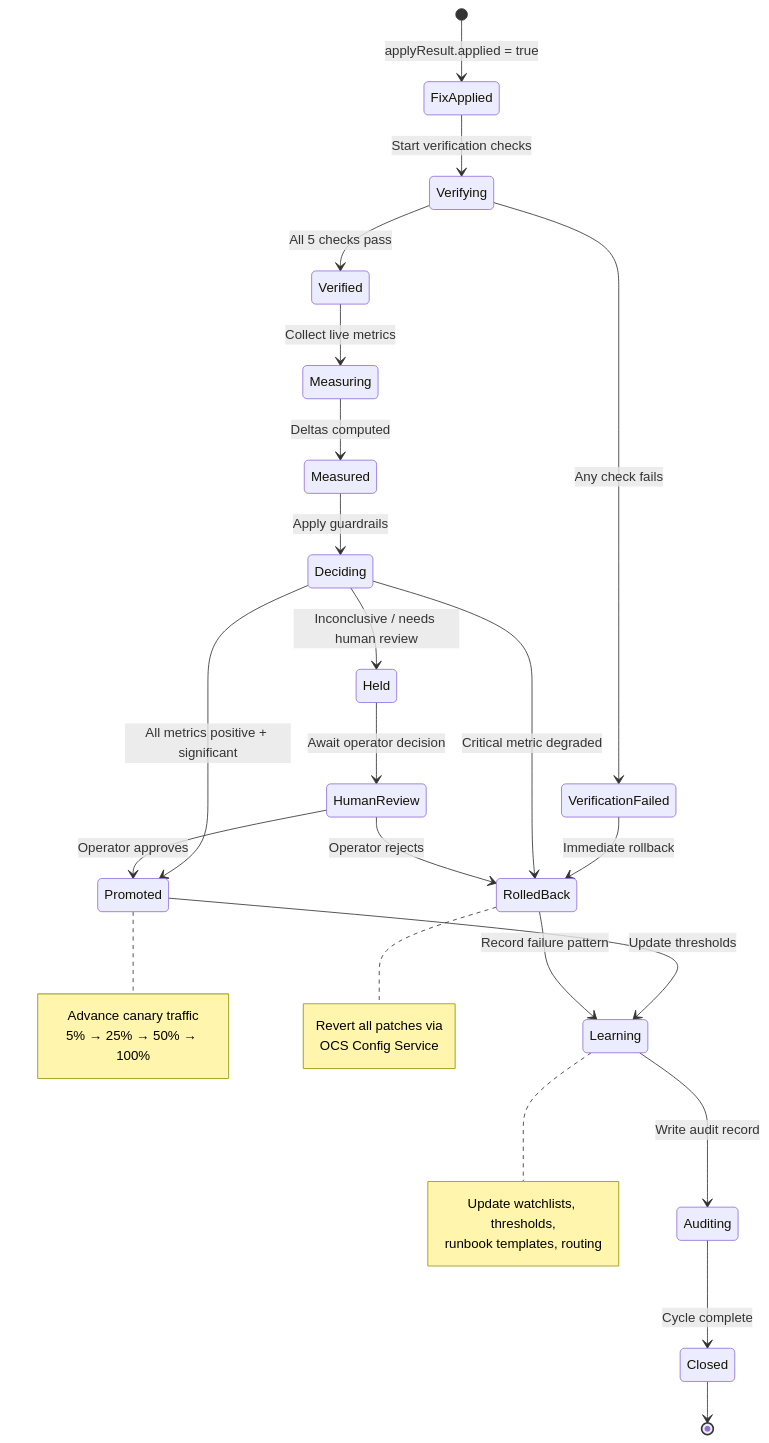
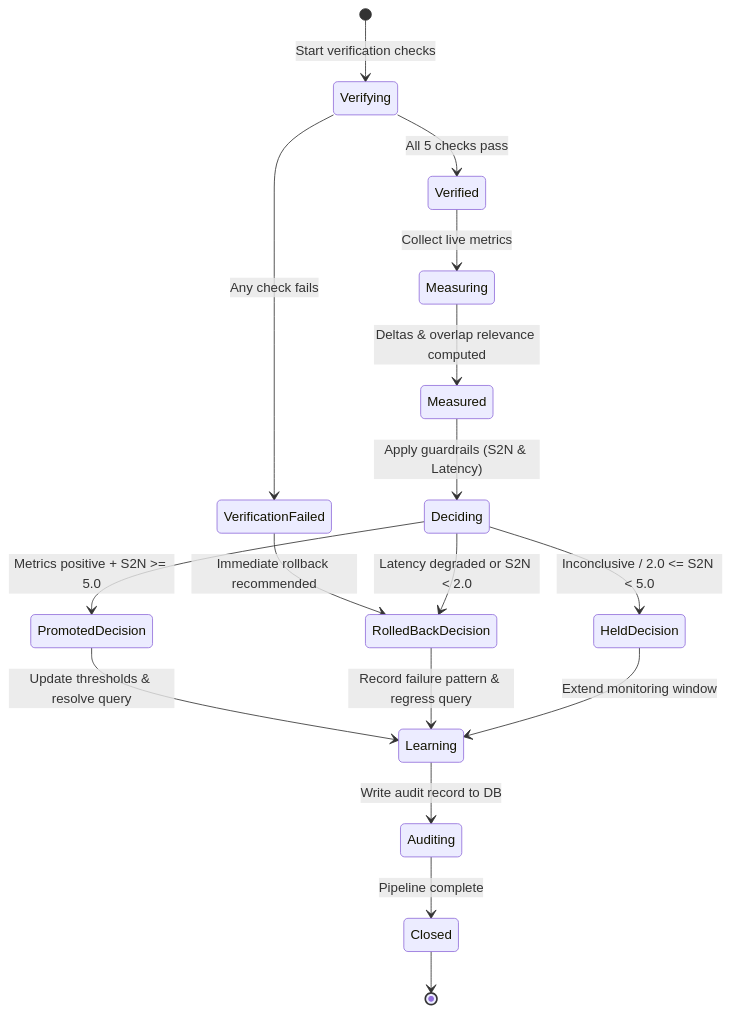
The sixth of 7 diagrams in OCS_Feedback_Agent_Architecture.md (bhsinghgrid/Team_8_Ops_Automation_Harness), drawn with Mermaid before and after one commit. The commit also changed other lines of this file, not shown here.

Commit message:
Updated diagram

````diff
--- a/OCS_Feedback_Agent_Architecture.md
+++ b/OCS_Feedback_Agent_Architecture.md
@@ -203,45 +248,25 @@
 ```mermaid
 stateDiagram-v2
-    [*] --> FixApplied: applyResult.applied = true
-
-    FixApplied --> Verifying: Start verification checks
+    [*] --> Verifying: Start verification checks
     Verifying --> VerificationFailed: Any check fails
     Verifying --> Verified: All 5 checks pass
 
-    VerificationFailed --> RolledBack: Immediate rollback
+    VerificationFailed --> RolledBackDecision: Immediate rollback recommended
 
     Verified --> Measuring: Collect live metrics
-    Measuring --> Measured: Deltas computed
+    Measuring --> Measured: Deltas & overlap relevance computed
 
-    Measured --> Deciding: Apply guardrails
+    Measured --> Deciding: Apply guardrails (S2N & Latency)
 
-    Deciding --> Promoted: All metrics positive + significant
-    Deciding --> RolledBack: Critical metric degraded
-    Deciding --> Held: Inconclusive / needs human review
+    Deciding --> PromotedDecision: Metrics positive + S2N >= 5.0
+    Deciding --> RolledBackDecision: Latency degraded or S2N < 2.0
+    Deciding --> HeldDecision: Inconclusive / 2.0 <= S2N < 5.0
 
-    Promoted --> Learning: Update thresholds
-    RolledBack --> Learning: Record failure pattern
-    Held --> HumanReview: Await operator decision
-    HumanReview --> Promoted: Operator approves
-    HumanReview --> RolledBack: Operator rejects
+    PromotedDecision --> Learning: Update thresholds & resolve query
+    RolledBackDecision --> Learning: Record failure pattern & regress query
+    HeldDecision --> Learning: Extend monitoring window
 
-    Learning --> Auditing: Write audit record
-    Auditing --> Closed: Cycle complete
-
+    Learning --> Auditing: Write audit record to DB
+    Auditing --> Closed: Pipeline complete
     Closed --> [*]
-
-    note right of Promoted
-        Advance canary traffic
-        5% → 25% → 50% → 100%
-    end note
-
-    note right of Learning
-        Update watchlists, thresholds,
-        runbook templates, routing
-    end note
-
-    note right of RolledBack
-        Revert all patches via
-        OCS Config Service
-    end note
 ```
````
